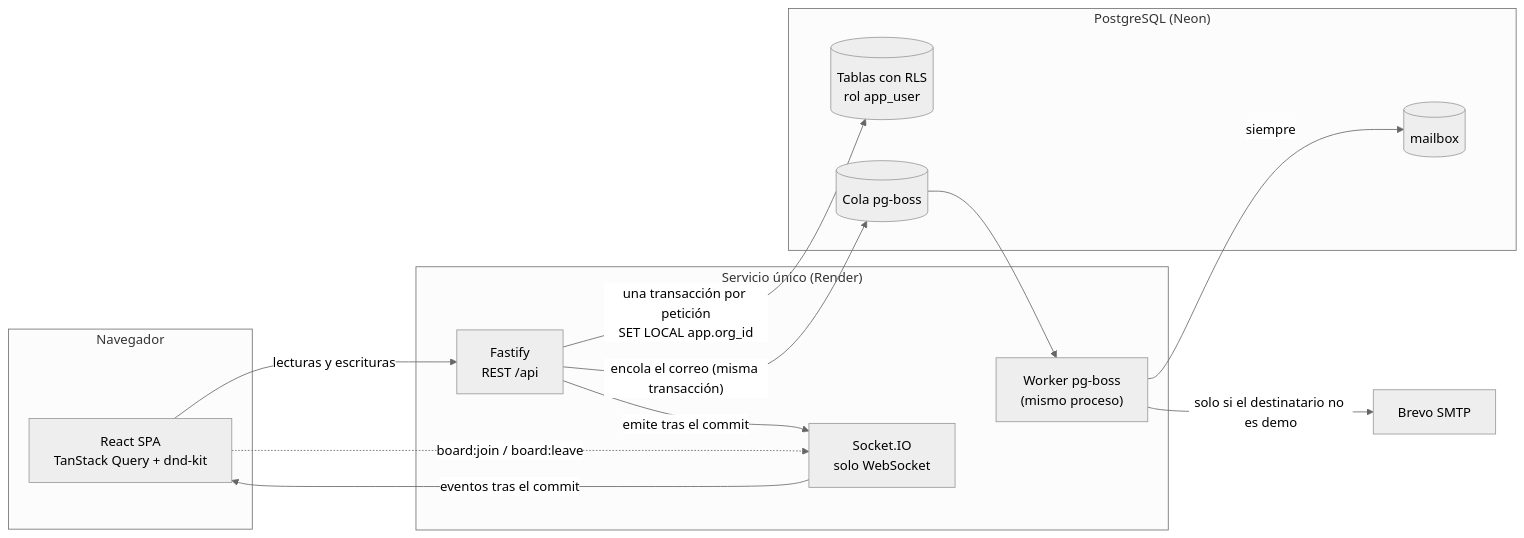
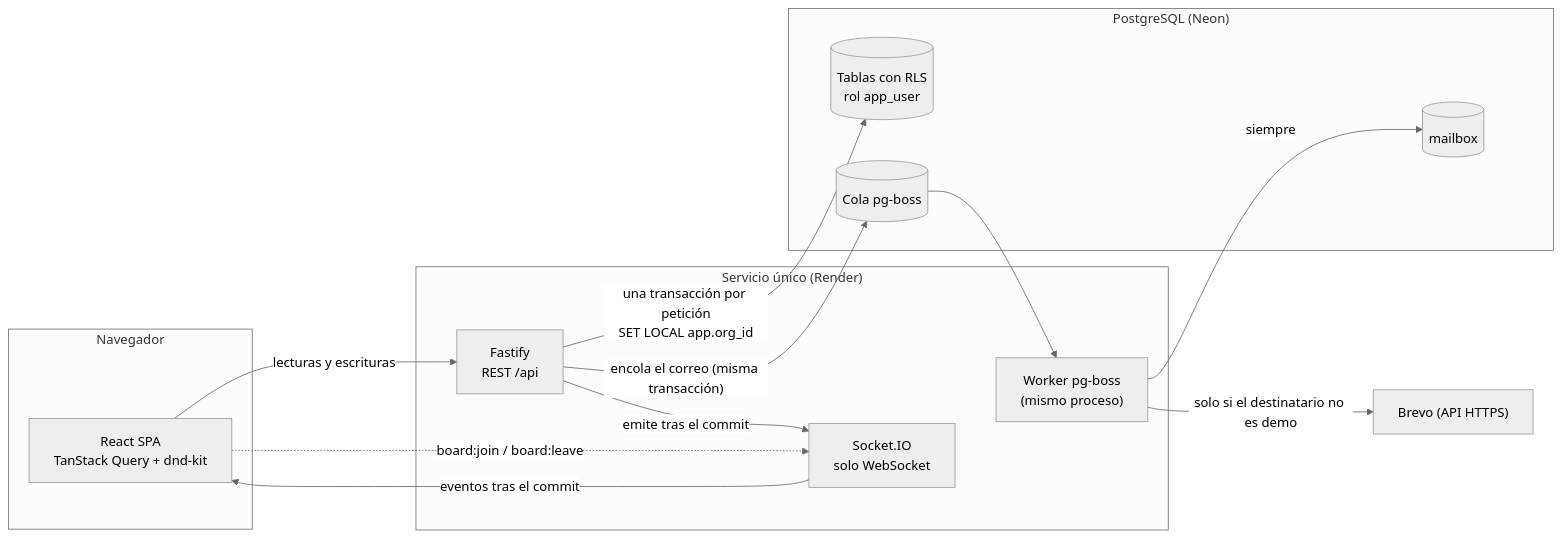
Before and after one commit to JesusFdezGallardo/saas-gestion-proyectos: the diagram in README.md, drawn with Mermaid (neutral theme). The commit also changed other lines of this file and 11 other files, not shown here.

First line of the commit message:
feat(mail): send through the Brevo HTTPS API instead of SMTP

````diff
--- a/README.md
+++ b/README.md
@@ -51,27 +51,27 @@
 ```mermaid
 flowchart LR
   subgraph Navegador
     SPA["React SPA<br/>TanStack Query + dnd-kit"]
   end
   subgraph "Servicio único (Render)"
     REST["Fastify<br/>REST /api"]
     WS["Socket.IO<br/>solo WebSocket"]
     WORKER["Worker pg-boss<br/>(mismo proceso)"]
   end
   subgraph "PostgreSQL (Neon)"
     DB[("Tablas con RLS<br/>rol app_user")]
     QUEUE[("Cola pg-boss")]
     MB[("mailbox")]
   end
-  BREVO["Brevo SMTP"]
+  BREVO["Brevo (API HTTPS)"]
 
   SPA -- "lecturas y escrituras" --> REST
   WS -- "eventos tras el commit" --> SPA
   SPA -. "board:join / board:leave" .-> WS
   REST -- "una transacción por petición<br/>SET LOCAL app.org_id" --> DB
   REST -- "encola el correo (misma transacción)" --> QUEUE
   REST -- "emite tras el commit" --> WS
   QUEUE --> WORKER
   WORKER -- "siempre" --> MB
   WORKER -- "solo si el destinatario no es demo" --> BREVO
 ```
````
